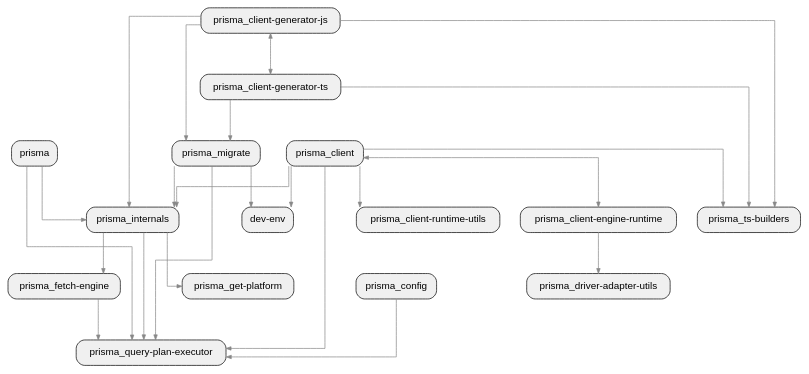
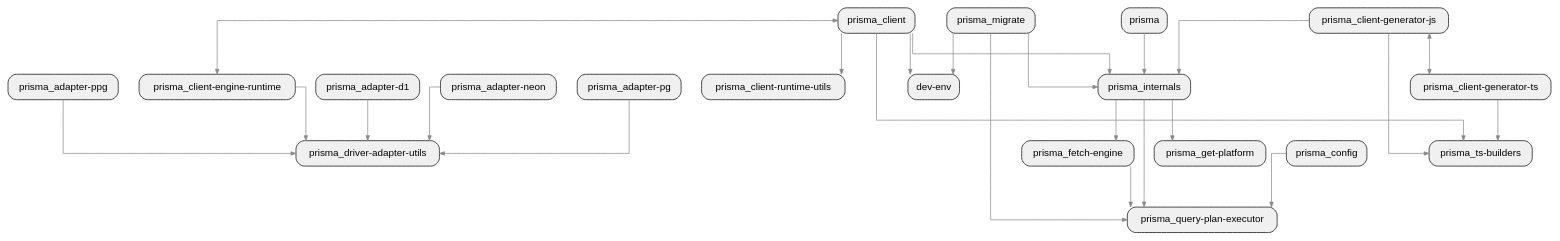
One commit to allenanswerzq/llmcc changed the diagram in sample/typescript/prisma-pagerank/depth_1_crate.dot. Above: the diagram before and after it, drawn with Graphviz. The commit also changed 67 other files, not shown here.

```diff
--- a/sample/typescript/prisma-pagerank/depth_1_crate.dot
+++ b/sample/typescript/prisma-pagerank/depth_1_crate.dot
@@ -1,55 +1,59 @@
 digraph architecture {
   rankdir=TB;
   ranksep=0.8;
   nodesep=0.4;
   splines=ortho;
   concentrate=true;
 
   node [shape=box, style="rounded,filled", fillcolor="#f0f0f0", fontname="Helvetica"];
   edge [color="#888888", arrowsize=0.7];
 
   labelloc=t;
   fontsize=16;
 
   crate_dev_env[label="dev-env", path="/home/yibai/llmcc/sample/repos/prisma"];
   crate_prisma[label="prisma", path="/home/yibai/llmcc/sample/repos/prisma/packages/cli"];
+  crate_prisma_adapter_d1[label="prisma_adapter-d1", path="/home/yibai/llmcc/sample/repos/prisma/packages/adapter-d1"];
+  crate_prisma_adapter_neon[label="prisma_adapter-neon", path="/home/yibai/llmcc/sample/repos/prisma/packages/adapter-neon"];
+  crate_prisma_adapter_pg[label="prisma_adapter-pg", path="/home/yibai/llmcc/sample/repos/prisma/packages/adapter-pg"];
+  crate_prisma_adapter_ppg[label="prisma_adapter-ppg", path="/home/yibai/llmcc/sample/repos/prisma/packages/adapter-ppg"];
   crate_prisma_client[label="prisma_client", path="/home/yibai/llmcc/sample/repos/prisma/packages/client"];
   crate_prisma_client_engine_runtime[label="prisma_client-engine-runtime", path="/home/yibai/llmcc/sample/repos/prisma/packages/client-engine-runtime"];
   crate_prisma_client_generator_js[label="prisma_client-generator-js", path="/home/yibai/llmcc/sample/repos/prisma/packages/client-generator-js"];
   crate_prisma_client_generator_ts[label="prisma_client-generator-ts", path="/home/yibai/llmcc/sample/repos/prisma/packages/client-generator-ts"];
   crate_prisma_client_runtime_utils[label="prisma_client-runtime-utils", path="/home/yibai/llmcc/sample/repos/prisma/packages/client-runtime-utils"];
   crate_prisma_config[label="prisma_config", path="/home/yibai/llmcc/sample/repos/prisma/packages/config"];
   crate_prisma_driver_adapter_utils[label="prisma_driver-adapter-utils", path="/home/yibai/llmcc/sample/repos/prisma/packages/driver-adapter-utils"];
   crate_prisma_fetch_engine[label="prisma_fetch-engine", path="/home/yibai/llmcc/sample/repos/prisma/packages/fetch-engine"];
   crate_prisma_get_platform[label="prisma_get-platform", path="/home/yibai/llmcc/sample/repos/prisma/packages/get-platform"];
   crate_prisma_internals[label="prisma_internals", path="/home/yibai/llmcc/sample/repos/prisma/packages/internals"];
   crate_prisma_migrate[label="prisma_migrate", path="/home/yibai/llmcc/sample/repos/prisma/packages/migrate"];
   crate_prisma_query_plan_executor[label="prisma_query-plan-executor", path="/home/yibai/llmcc/sample/repos/prisma/packages/query-plan-executor"];
   crate_prisma_ts_builders[label="prisma_ts-builders", path="/home/yibai/llmcc/sample/repos/prisma/packages/ts-builders"];
 
   crate_prisma -> crate_prisma_internals;
-  crate_prisma -> crate_prisma_query_plan_executor;
+  crate_prisma_adapter_d1 -> crate_prisma_driver_adapter_utils;
+  crate_prisma_adapter_neon -> crate_prisma_driver_adapter_utils;
+  crate_prisma_adapter_pg -> crate_prisma_driver_adapter_utils;
+  crate_prisma_adapter_ppg -> crate_prisma_driver_adapter_utils;
   crate_prisma_client -> crate_dev_env;
   crate_prisma_client -> crate_prisma_client_engine_runtime;
   crate_prisma_client -> crate_prisma_client_runtime_utils;
   crate_prisma_client -> crate_prisma_internals;
-  crate_prisma_client -> crate_prisma_query_plan_executor;
   crate_prisma_client -> crate_prisma_ts_builders;
   crate_prisma_client_engine_runtime -> crate_prisma_client;
   crate_prisma_client_engine_runtime -> crate_prisma_driver_adapter_utils;
   crate_prisma_client_generator_js -> crate_prisma_client_generator_ts;
   crate_prisma_client_generator_js -> crate_prisma_internals;
-  crate_prisma_client_generator_js -> crate_prisma_migrate;
   crate_prisma_client_generator_js -> crate_prisma_ts_builders;
   crate_prisma_client_generator_ts -> crate_prisma_client_generator_js;
-  crate_prisma_client_generator_ts -> crate_prisma_migrate;
   crate_prisma_client_generator_ts -> crate_prisma_ts_builders;
   crate_prisma_config -> crate_prisma_query_plan_executor;
   crate_prisma_fetch_engine -> crate_prisma_query_plan_executor;
   crate_prisma_internals -> crate_prisma_fetch_engine;
   crate_prisma_internals -> crate_prisma_get_platform;
   crate_prisma_internals -> crate_prisma_query_plan_executor;
   crate_prisma_migrate -> crate_dev_env;
   crate_prisma_migrate -> crate_prisma_internals;
   crate_prisma_migrate -> crate_prisma_query_plan_executor;
 }
```
